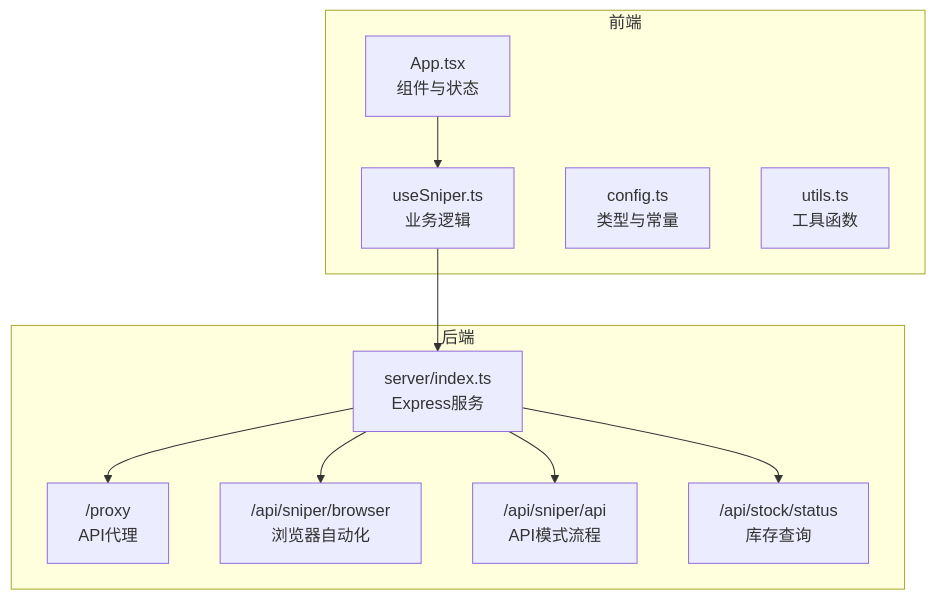
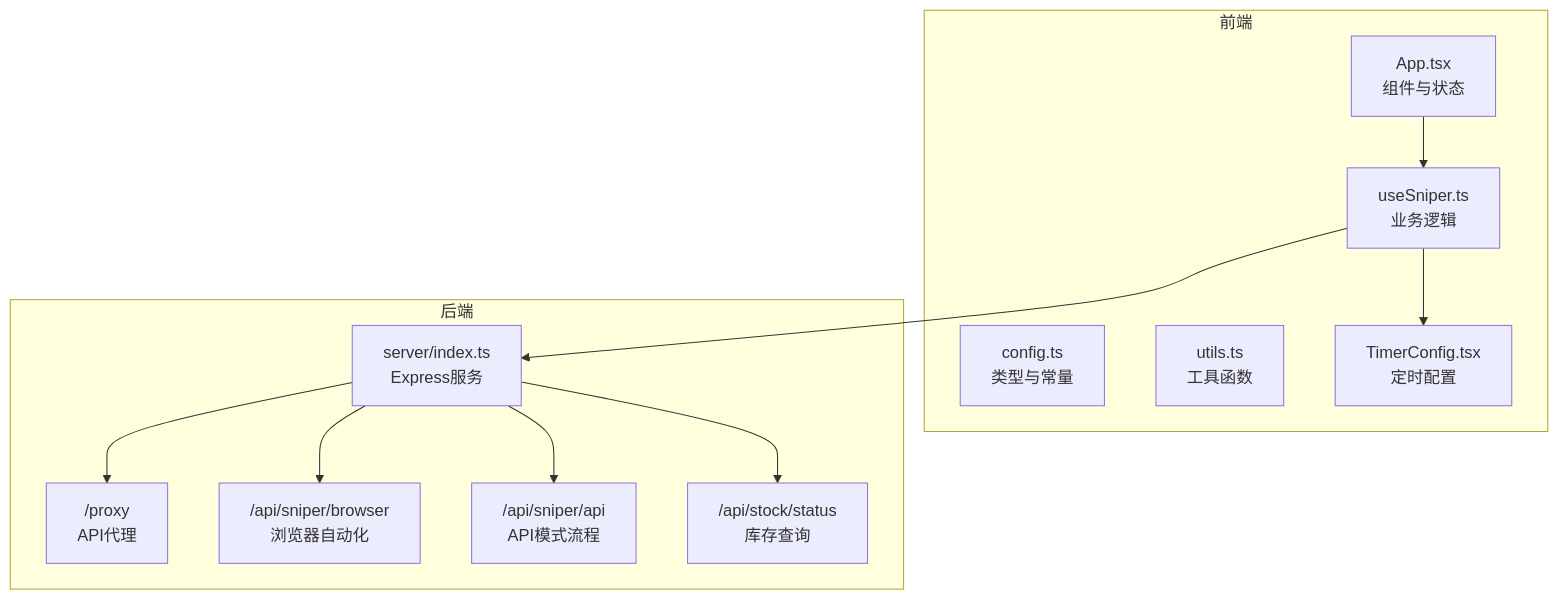
One commit to 16499259-oss/GLM-sniper changed the first of 5 diagrams in .qoder/repowiki/zh/content/抢购模式/抢购模式.md. Above: the diagram before and after it, drawn with Mermaid. The commit also changed other lines of this file and 4 other files, not shown here.

````diff
--- a/.qoder/repowiki/zh/content/抢购模式/抢购模式.md
+++ b/.qoder/repowiki/zh/content/抢购模式/抢购模式.md
@@ -47,22 +56,24 @@
 ```mermaid
 graph TB
 subgraph "前端"
 UI["App.tsx<br/>组件与状态"]
 Hook["useSniper.ts<br/>业务逻辑"]
 Cfg["config.ts<br/>类型与常量"]
 Utils["utils.ts<br/>工具函数"]
+Timer["TimerConfig.tsx<br/>定时配置"]
 end
 subgraph "后端"
 Srv["server/index.ts<br/>Express服务"]
 Proxy["/proxy<br/>API代理"]
 Browser["/api/sniper/browser<br/>浏览器自动化"]
 ApiMode["/api/sniper/api<br/>API模式流程"]
 Stock["/api/stock/status<br/>库存查询"]
 end
 UI --> Hook
+Hook --> Timer
 Hook --> Srv
 Srv --> Proxy
 Srv --> Browser
 Srv --> ApiMode
 Srv --> Stock
 ```
````
